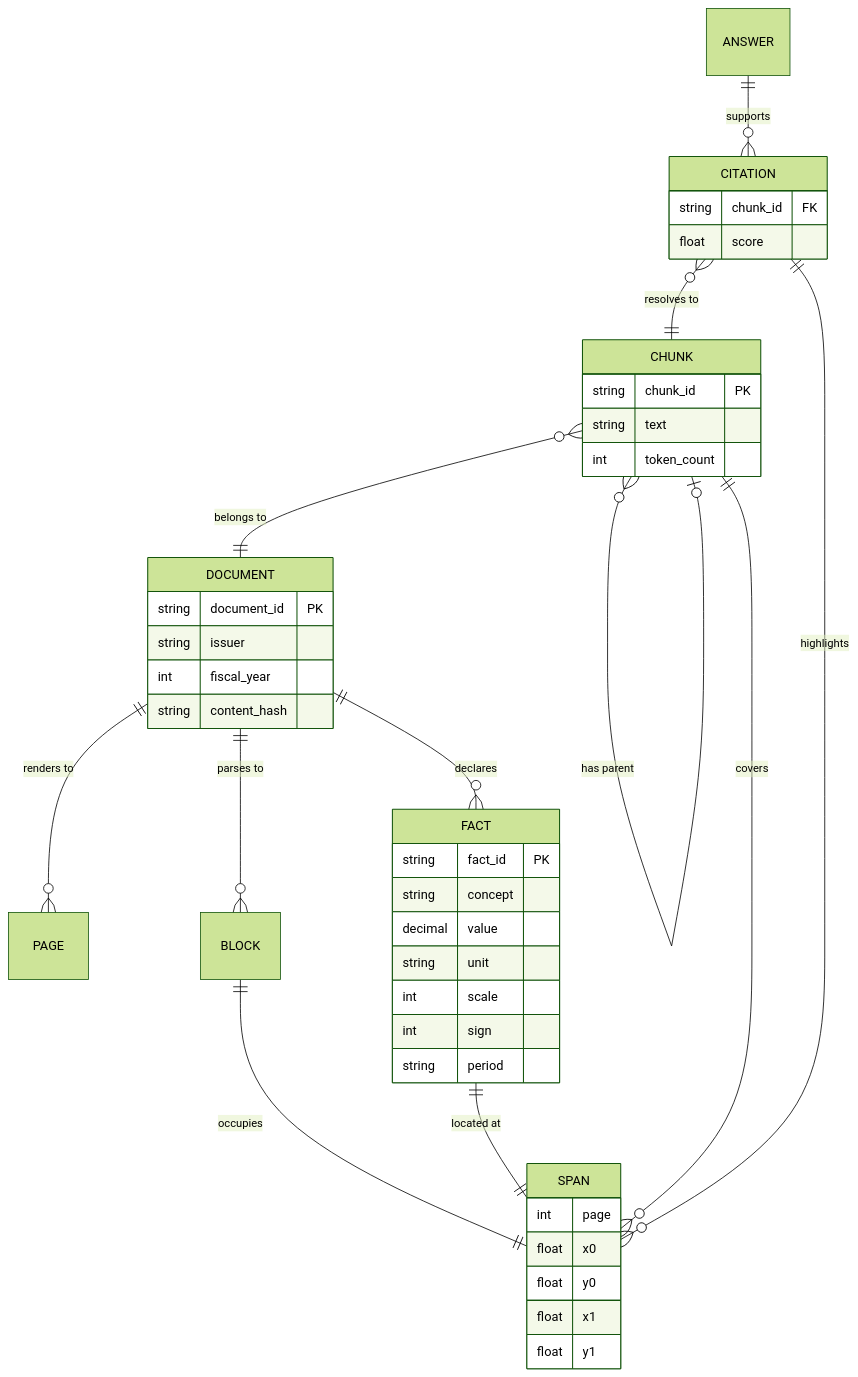
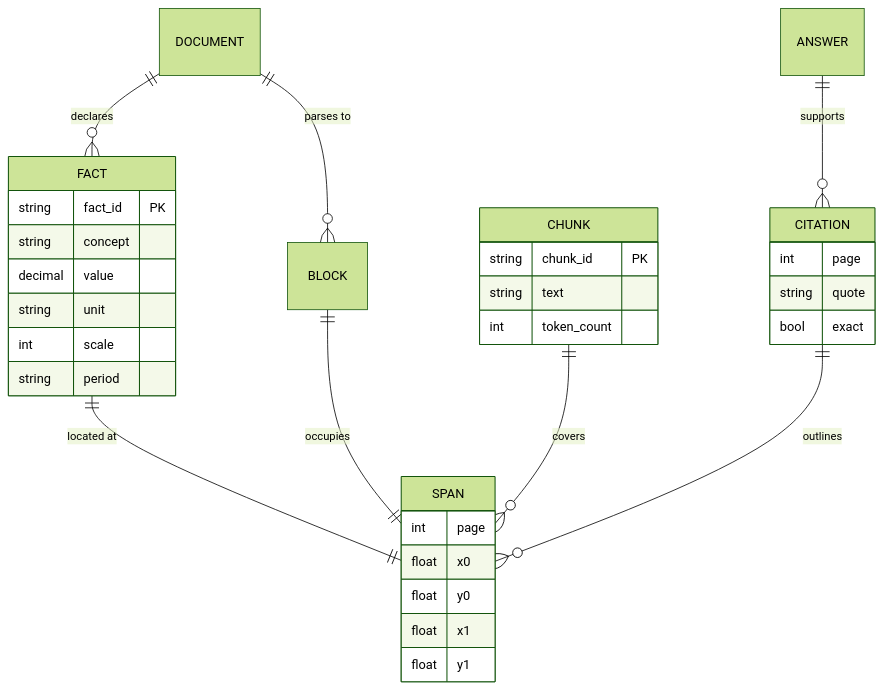
The second of 2 diagrams in docs/TECHNICAL_DOCUMENTATION.md (Vijay190899/disclosure-rag), drawn with Mermaid (forest theme) before and after one commit. The commit also changed other lines of this file and 49 other files, not shown here.

````diff
--- a/docs/TECHNICAL_DOCUMENTATION.md
+++ b/docs/TECHNICAL_DOCUMENTATION.md
@@ -206,46 +94,36 @@
 ```mermaid
 erDiagram
-    DOCUMENT ||--o{ PAGE : "renders to"
     DOCUMENT ||--o{ FACT : "declares"
     DOCUMENT ||--o{ BLOCK : "parses to"
+    FACT ||--|| SPAN : "located at"
     BLOCK ||--|| SPAN : "occupies"
-    FACT ||--|| SPAN : "located at"
-    CHUNK }o--|| DOCUMENT : "belongs to"
     CHUNK ||--o{ SPAN : "covers"
-    CHUNK }o--o| CHUNK : "has parent"
     ANSWER ||--o{ CITATION : "supports"
-    CITATION }o--|| CHUNK : "resolves to"
-    CITATION ||--o{ SPAN : "highlights"
+    CITATION ||--o{ SPAN : "outlines"
 
-    DOCUMENT {
-        string document_id PK
-        string issuer
-        int fiscal_year
-        string content_hash
-    }
     SPAN {
         int page
         float x0
         float y0
         float x1
         float y1
     }
     FACT {
         string fact_id PK
         string concept
         decimal value
         string unit
         int scale
-        int sign
         string period
     }
     CHUNK {
         string chunk_id PK
         string text
         int token_count
     }
     CITATION {
-        string chunk_id FK
-        float score
+        int page
+        string quote
+        bool exact
     }
 ```
````
